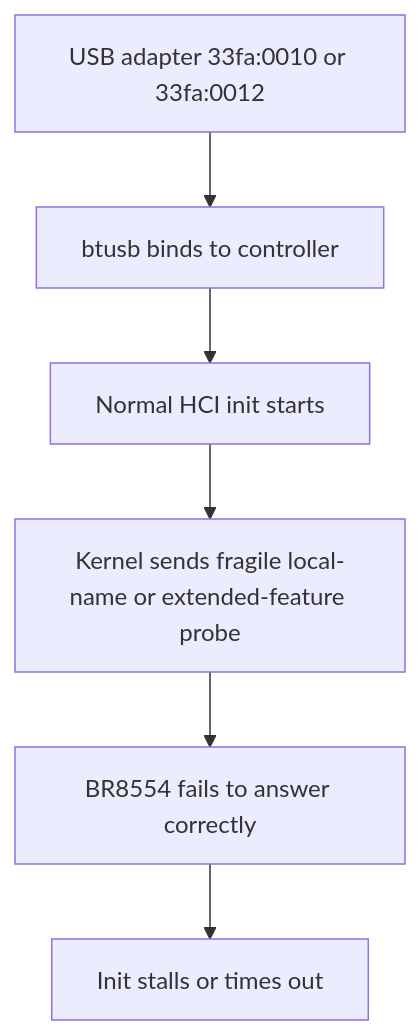
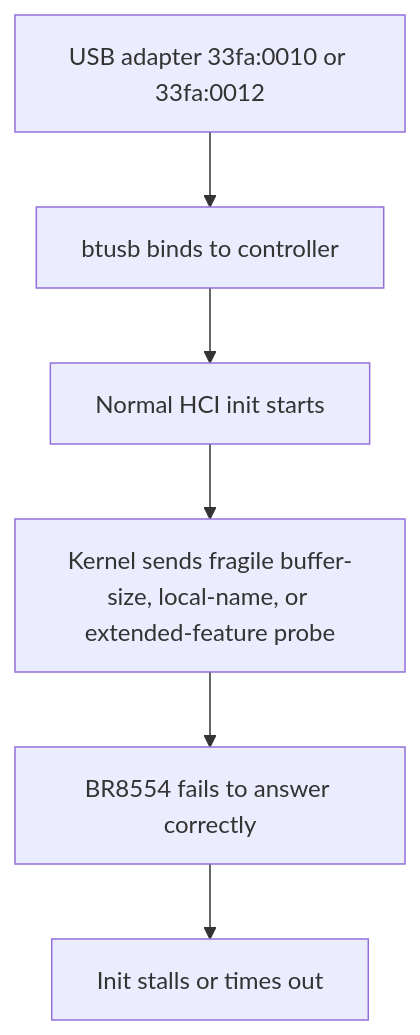
Before and after one commit to vratiskol/barrot-ble-device: the first of 4 diagrams in PATCH_DETAILS.md, drawn with Mermaid. The commit also changed other lines of this file and 8 other files, not shown here.

Commit message:
Fix Barrot BR8554 buffer-size timeout

````diff
--- a/PATCH_DETAILS.md
+++ b/PATCH_DETAILS.md
@@ -31,8 +31,8 @@
 ```mermaid
 flowchart TD
     A[USB adapter 33fa:0010 or 33fa:0012] --> B[btusb binds to controller]
     B --> C[Normal HCI init starts]
-    C --> D[Kernel sends fragile local-name or extended-feature probe]
+    C --> D[Kernel sends fragile buffer-size, local-name, or extended-feature probe]
     D --> E[BR8554 fails to answer correctly]
     E --> F[Init stalls or times out]
 ```
````
